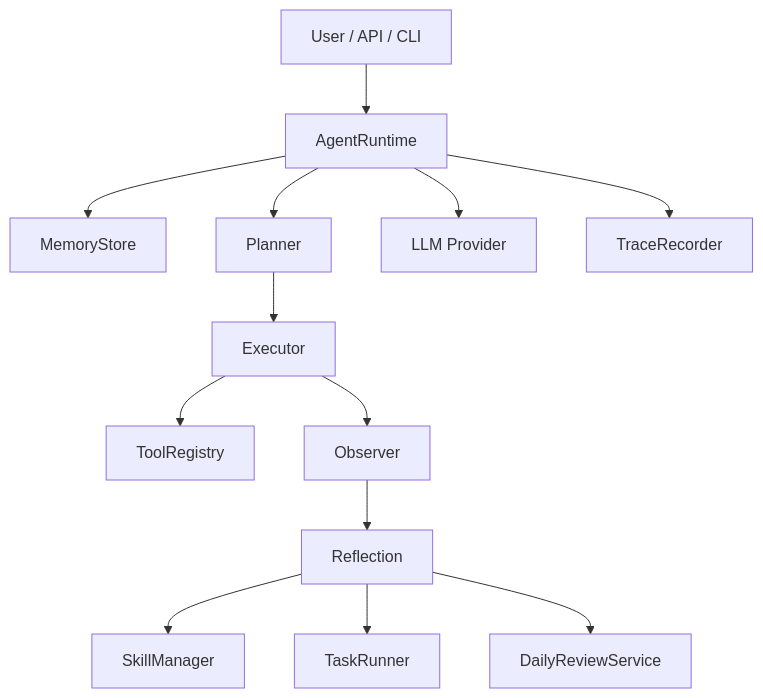
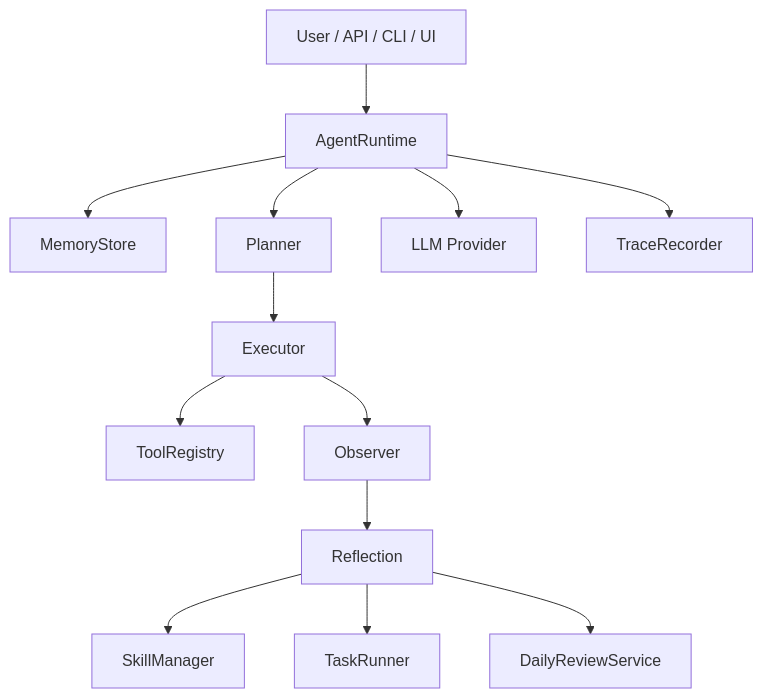
One commit to YuXiang-ZhuanSun/OpenHumming changed the diagram in docs/architecture.md. Above: the diagram before and after it, drawn with Mermaid. The commit also changed other lines of this file and 91 other files, not shown here.

````diff
--- a/docs/architecture.md
+++ b/docs/architecture.md
@@ -16,15 +23,15 @@
 ```mermaid
 flowchart TD
-    U["User / API / CLI"] --> R["AgentRuntime"]
+    U["User / API / CLI / UI"] --> R["AgentRuntime"]
     R --> M["MemoryStore"]
     R --> P["Planner"]
     P --> E["Executor"]
     E --> T["ToolRegistry"]
     E --> O["Observer"]
     O --> F["Reflection"]
     F --> S["SkillManager"]
     F --> Q["TaskRunner"]
     F --> D["DailyReviewService"]
     R --> L["LLM Provider"]
     R --> X["TraceRecorder"]
 ```
````
